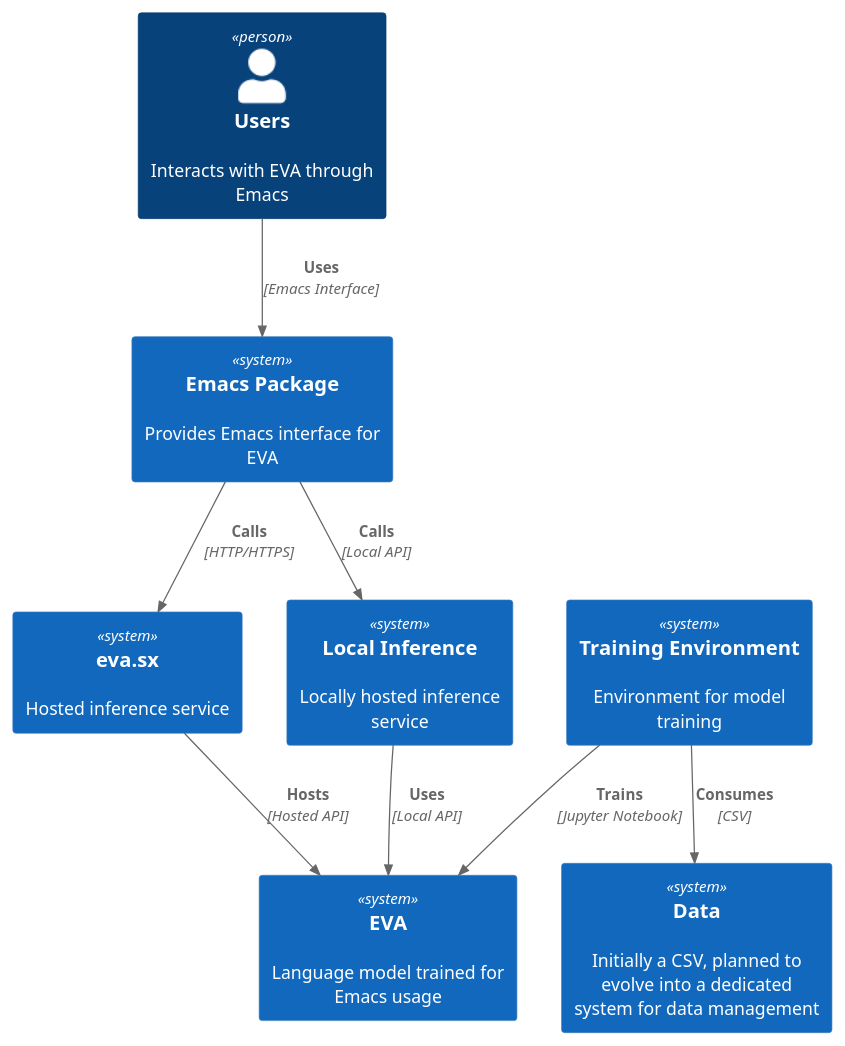
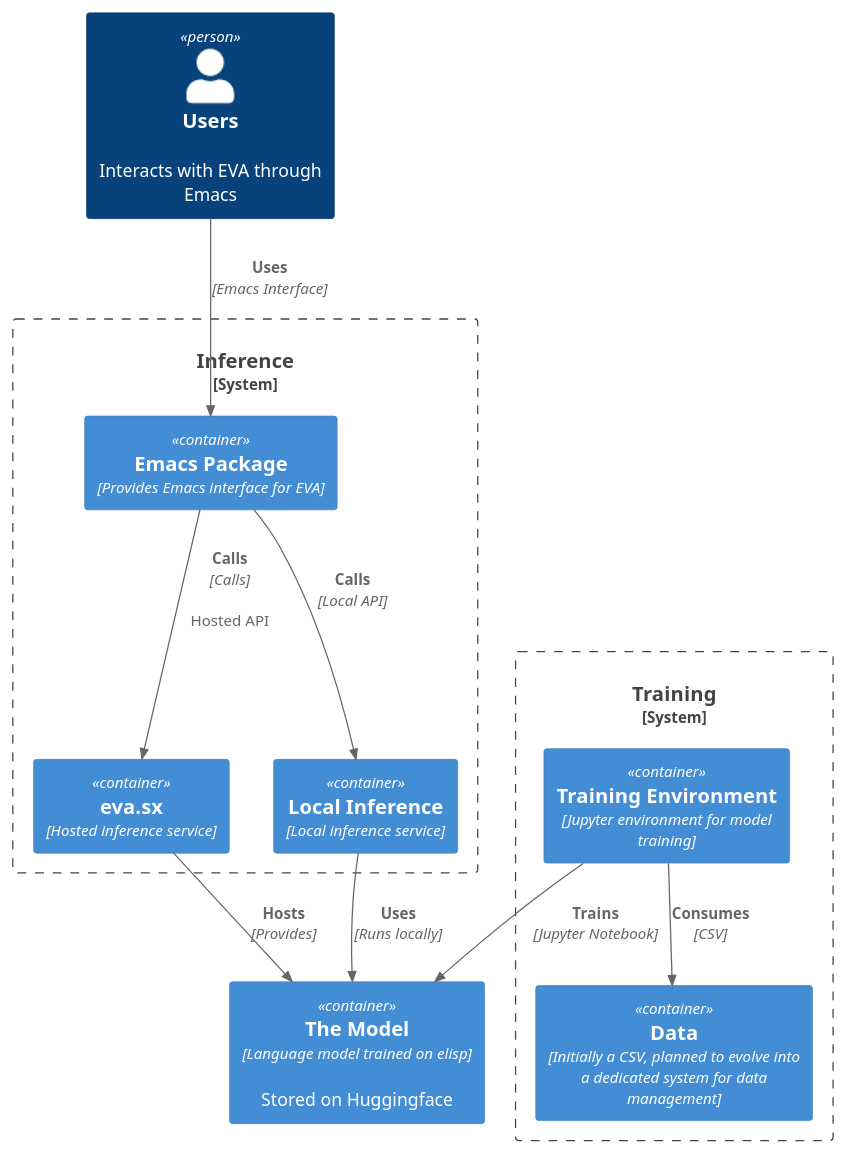
One commit to LazerJesus/EVA changed the first of 2 diagrams in docs/documentation-c4.org. Above: the diagram before and after it, drawn with PlantUML. The commit also changed 2 other files, not shown here.

Commit message:
finshed draft

```diff
--- a/docs/documentation-c4.org
+++ b/docs/documentation-c4.org
@@ -2,23 +2,30 @@
 #+BEGIN_SRC plantuml :file context.png
 @startuml C4_Context
 !include https://raw.githubusercontent.com/plantuml-stdlib/C4-PlantUML/master/C4_Container.puml
 
 Person(users, "Users", "Interacts with EVA through Emacs")
-System(emacs_pkg, "Emacs Package", "Provides Emacs interface for EVA")
-System(eva_sx, "eva.sx", "Hosted inference service")
-System(local_inference, "Local Inference", "Locally hosted inference service")
-System(eva, "EVA", "Language model trained for Emacs usage")
-System(training_env, "Training Environment", "Environment for model training")
-System(data, "Data", "Initially a CSV, planned to evolve into a dedicated system for data management")
+
+System_Boundary(inference, "Inference") {
+    Container(emacs_pkg, "Emacs Package", "Provides Emacs interface for EVA")
+    Container(eva_sx, "eva.sx", "Hosted inference service")
+    Container(local_inference, "Local Inference", "Local inference service")
+}
+
+Container(eva, "The Model", "Language model trained on elisp", "Stored on Huggingface")
+
+System_Boundary(training, "Training") {
+    Container(training_env, "Training Environment", "Jupyter environment for model training")
+    Container(data, "Data", "Initially a CSV, planned to evolve into a dedicated system for data management")
+}
 
 Rel(users, emacs_pkg, "Uses", "Emacs Interface")
-Rel(emacs_pkg, eva_sx, "Calls", "HTTP/HTTPS")
+Rel(emacs_pkg, eva_sx, "Calls", "Calls", "Hosted API")
 Rel(emacs_pkg, local_inference, "Calls", "Local API")
-Rel(eva_sx, eva, "Hosts", "Hosted API")
-Rel(local_inference, eva, "Uses", "Local API")
+Rel(eva_sx, eva, "Hosts", "Provides")
+Rel(local_inference, eva, "Uses", "Runs locally")
 Rel(training_env, eva, "Trains", "Jupyter Notebook")
 Rel(training_env, data, "Consumes", "CSV")
 
 
 @enduml
 #+END_SRC
```
